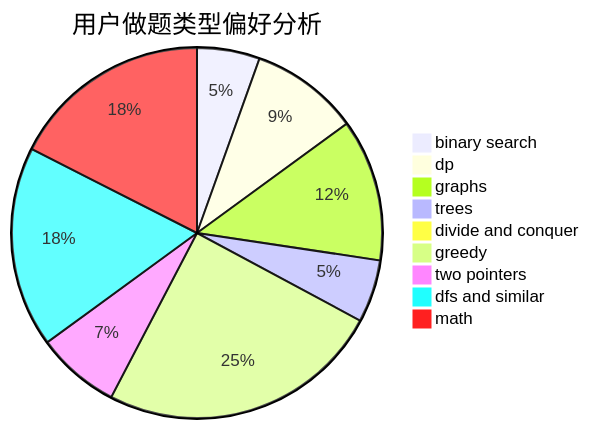
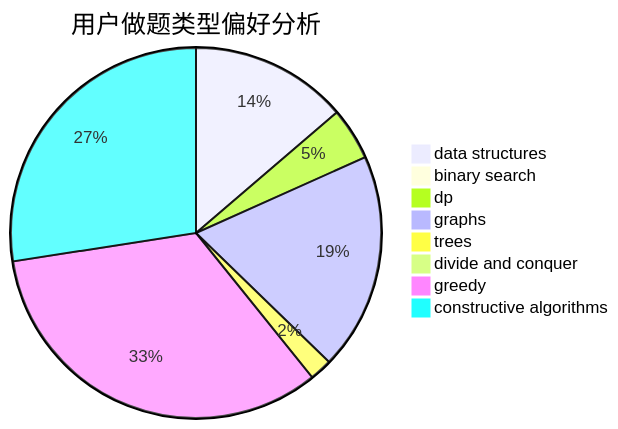
One commit to sherpahu/cfrs.github.io changed the second of 3 diagrams in docs/user/u2317.md. Above: the diagram before and after it, drawn with Mermaid. The commit also changed other lines of this file and 2775 other files, not shown here.

````diff
--- a/docs/user/u2317.md
+++ b/docs/user/u2317.md
@@ -23,12 +23,11 @@
 ```mermaid
 pie title 用户做题类型偏好分析
-    "binary search" :  15
-    "dp" :  26
-    "graphs" :  34
-    "trees" :  15
+    "data structures" :  21
+    "binary search" :  0
+    "dp" :  7
+    "graphs" :  29
+    "trees" :  3
     "divide and conquer" :  0
-    "greedy" :  68
-    "two pointers" :  20
-    "dfs and similar" :  48
-    "math" :  48
+    "greedy" :  51
+    "constructive algorithms" :  42
 ```
````
